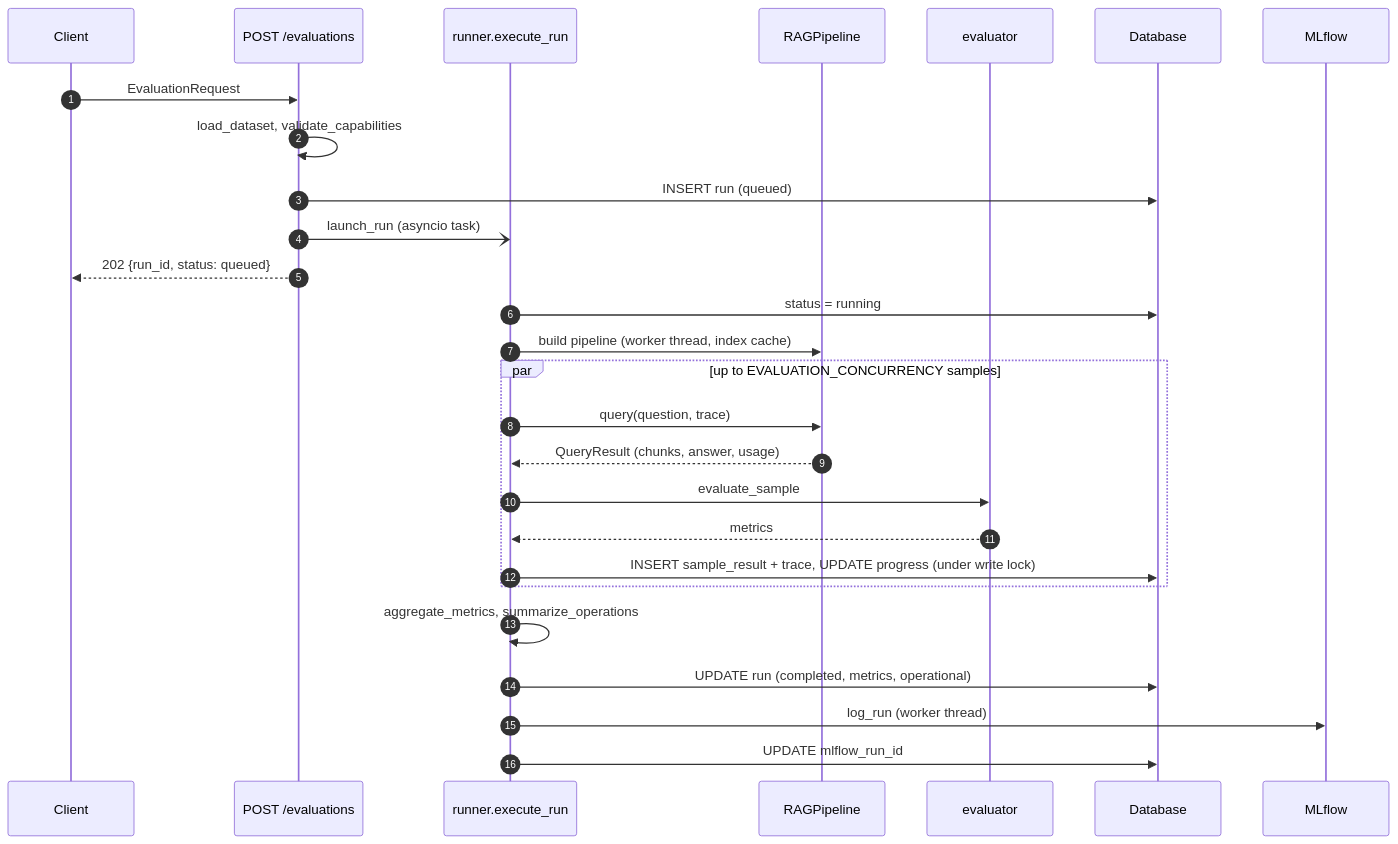
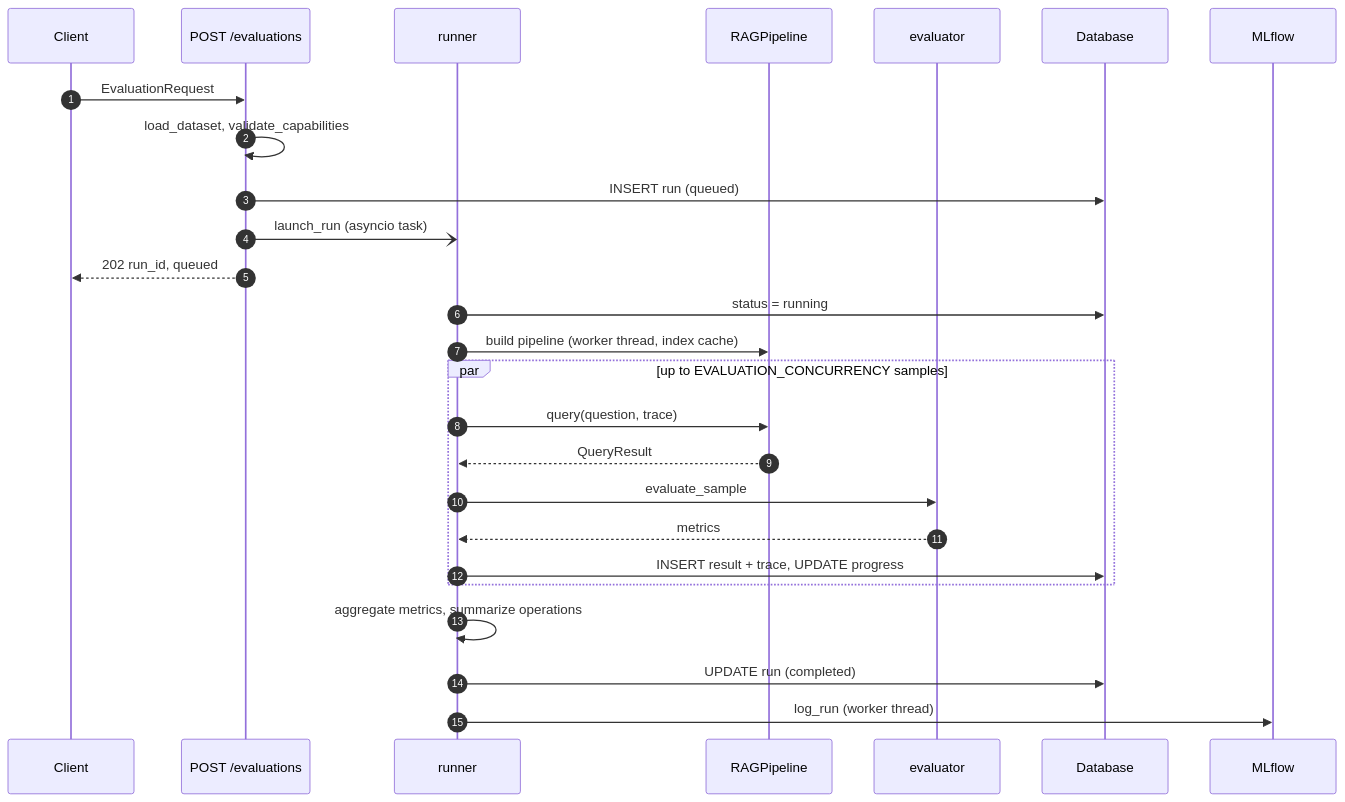
One commit to SuriyaKannimuthu/raglens-ai changed the ninth of 11 diagrams in docs/technical-design.md. Above: the diagram before and after it, drawn with Mermaid. The commit also changed other lines of this file and 2 other files, not shown here.

````diff
--- a/docs/technical-design.md
+++ b/docs/technical-design.md
@@ -525,30 +639,28 @@
 ```mermaid
 sequenceDiagram
     autonumber
     participant C as Client
     participant API as POST /evaluations
-    participant R as runner.execute_run
+    participant R as runner
     participant P as RAGPipeline
     participant E as evaluator
     participant DB as Database
     participant M as MLflow
-
     C->>API: EvaluationRequest
     API->>API: load_dataset, validate_capabilities
     API->>DB: INSERT run (queued)
     API-)R: launch_run (asyncio task)
-    API-->>C: 202 {run_id, status: queued}
+    API-->>C: 202 run_id, queued
     R->>DB: status = running
     R->>P: build pipeline (worker thread, index cache)
     par up to EVALUATION_CONCURRENCY samples
         R->>P: query(question, trace)
-        P-->>R: QueryResult (chunks, answer, usage)
+        P-->>R: QueryResult
         R->>E: evaluate_sample
         E-->>R: metrics
-        R->>DB: INSERT sample_result + trace, UPDATE progress (under write lock)
+        R->>DB: INSERT result + trace, UPDATE progress
     end
-    R->>R: aggregate_metrics, summarize_operations
-    R->>DB: UPDATE run (completed, metrics, operational)
+    R->>R: aggregate metrics, summarize operations
+    R->>DB: UPDATE run (completed)
     R->>M: log_run (worker thread)
-    R->>DB: UPDATE mlflow_run_id
 ```
````
